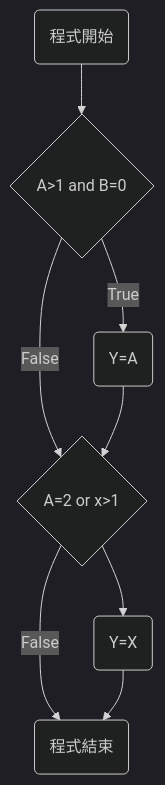
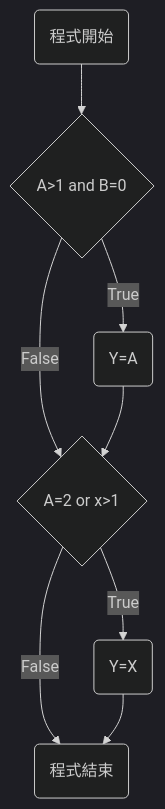
The first of 8 diagrams in content/post/cicd/軟體測試的覆蓋準則.md (AlexTrinityBlock/blog), drawn with Mermaid before and after one commit. The commit also changed other lines of this file and 1 other file, not shown here.

```diff
--- a/content/post/cicd/軟體測試的覆蓋準則.md
+++ b/content/post/cicd/軟體測試的覆蓋準則.md
@@ -22,11 +22,11 @@
 <div class="mermaid">
 %%{init: {'theme':'dark'}}%%
 flowchart TD
     A(程式開始) --> B{A>1 and B=0}
     B -->|True| D(Y=A)
     B -->|False| E{A=2 or x>1}
     D --> E{A=2 or x>1}
     E{A=2 or x>1} --> |False| G(程式結束)
-    E{A=2 or x>1} --> F(Y=X)
+    E{A=2 or x>1} -->|True| F(Y=X)
     F(Y=X) --> G(程式結束);
 </div>
```
